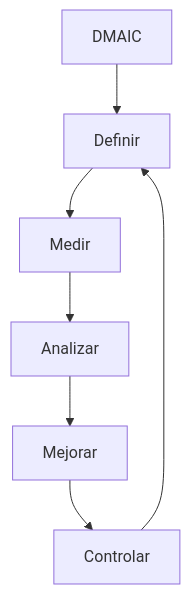
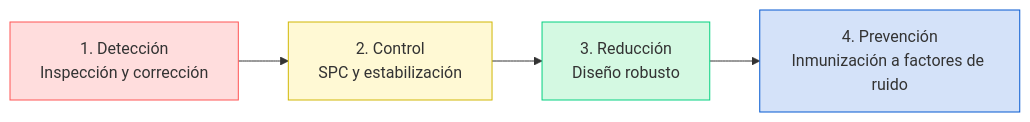
Before and after one commit to FCamaggi/gop-wiki: the first of 3 diagrams in public/content/clases/10-resumen-variabilidad-2025.05.15.md, drawn with Mermaid. The commit also changed other lines of this file and 36 other files, not shown here.

````diff
--- a/public/content/clases/10-resumen-variabilidad-2025.05.15.md
+++ b/public/content/clases/10-resumen-variabilidad-2025.05.15.md
@@ -22,9 +11,11 @@
 ```mermaid
-graph TD
-    A[DMAIC] --> B[Definir]
-    B --> C[Medir]
-    C --> D[Analizar]
-    D --> E[Mejorar]
-    E --> F[Controlar]
-    F --> B
+graph LR
+    A[1. Detección<br>Inspección y corrección] --> B[2. Control<br>SPC y estabilización]
+    B --> C[3. Reducción<br>Diseño robusto]
+    C --> D[4. Prevención<br>Inmunización a factores de ruido]
+
+    style A fill:#ffdddd,stroke:#ff5555
+    style B fill:#fff9d4,stroke:#d1b705
+    style C fill:#d4f9e2,stroke:#05d181
+    style D fill:#d4e2f9,stroke:#0559d1
 ```
````
